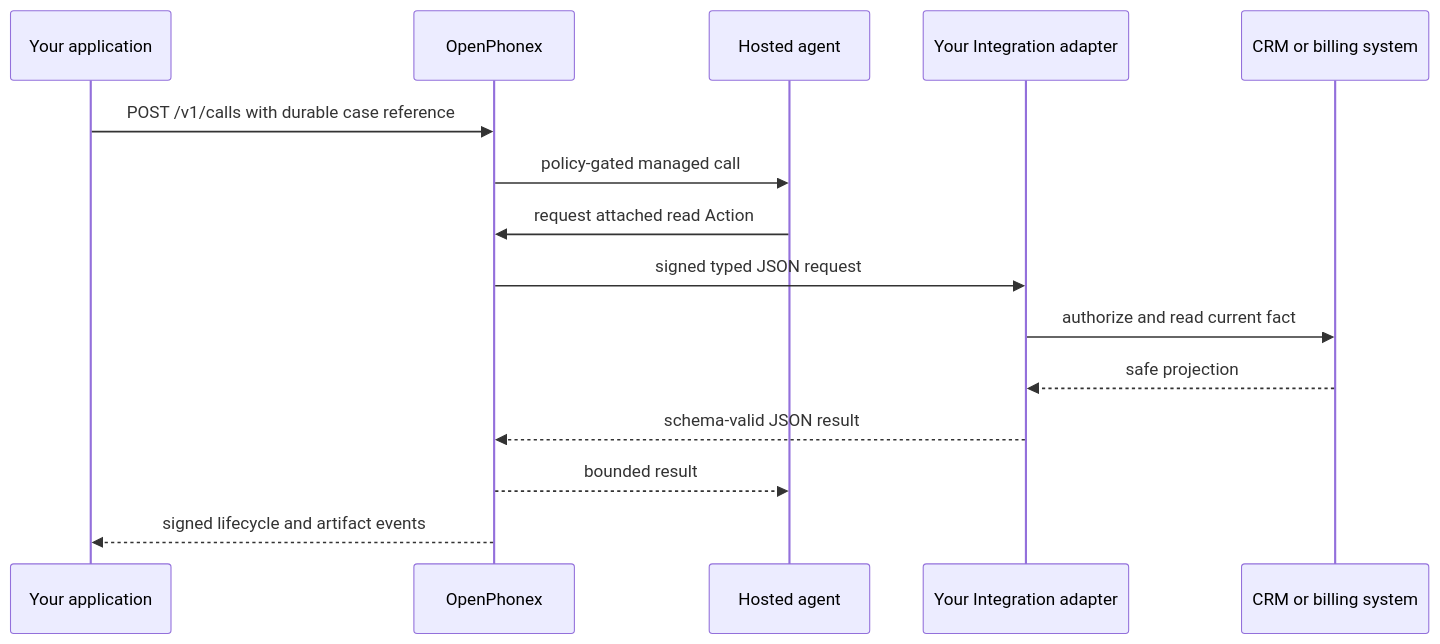
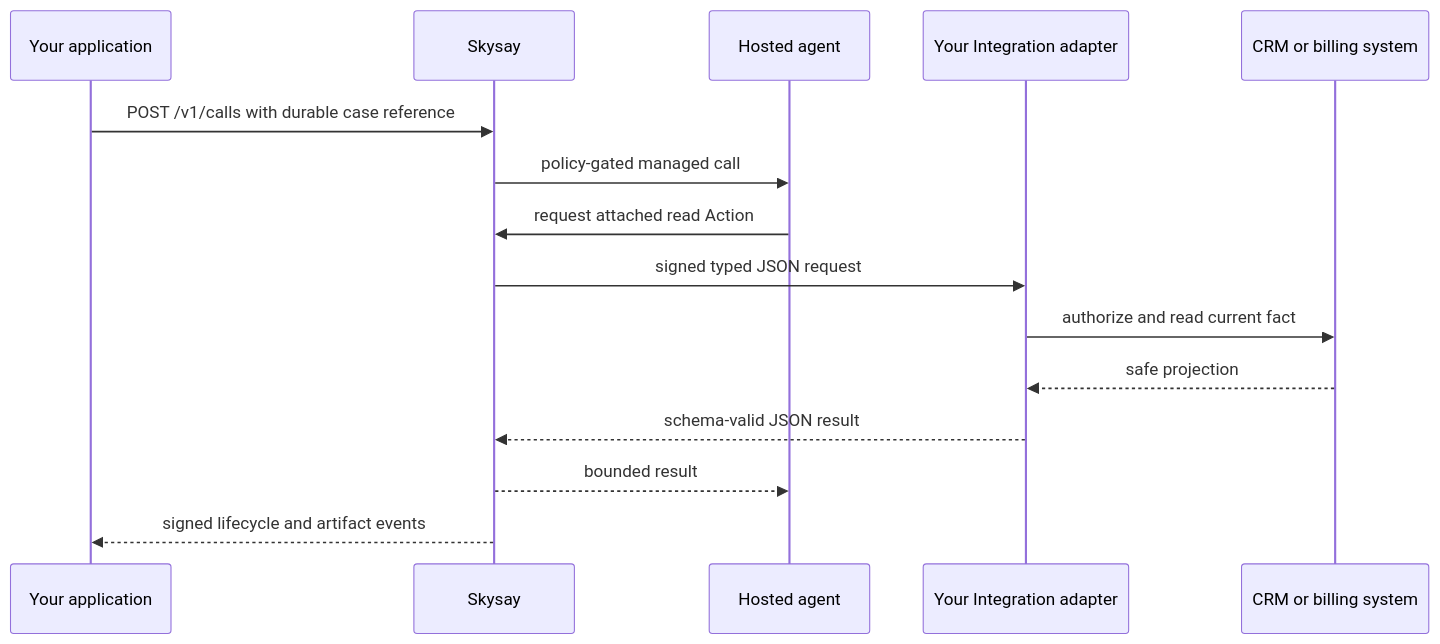
One commit to skysay-ai/skysay-docs changed the diagram in content/docs/customer-applications.mdx. Above: the diagram before and after it, drawn with Mermaid. The commit also changed other lines of this file and 53 other files, not shown here.

First line of the commit message:
rebrand: OpenPhonex is Skysay, openphonex.com is skysay.ai

````diff
--- a/content/docs/customer-applications.mdx
+++ b/content/docs/customer-applications.mdx
@@ -26,18 +26,18 @@
 ```mermaid
 sequenceDiagram
   participant App as Your application
-  participant OP as OpenPhonex
+  participant OP as Skysay
   participant Agent as Hosted agent
   participant Adapter as Your Integration adapter
   participant System as CRM or billing system
 
   App->>OP: POST /v1/calls with durable case reference
   OP->>Agent: policy-gated managed call
   Agent->>OP: request attached read Action
   OP->>Adapter: signed typed JSON request
   Adapter->>System: authorize and read current fact
   System-->>Adapter: safe projection
   Adapter-->>OP: schema-valid JSON result
   OP-->>Agent: bounded result
   OP-->>App: signed lifecycle and artifact events
 ```
````
